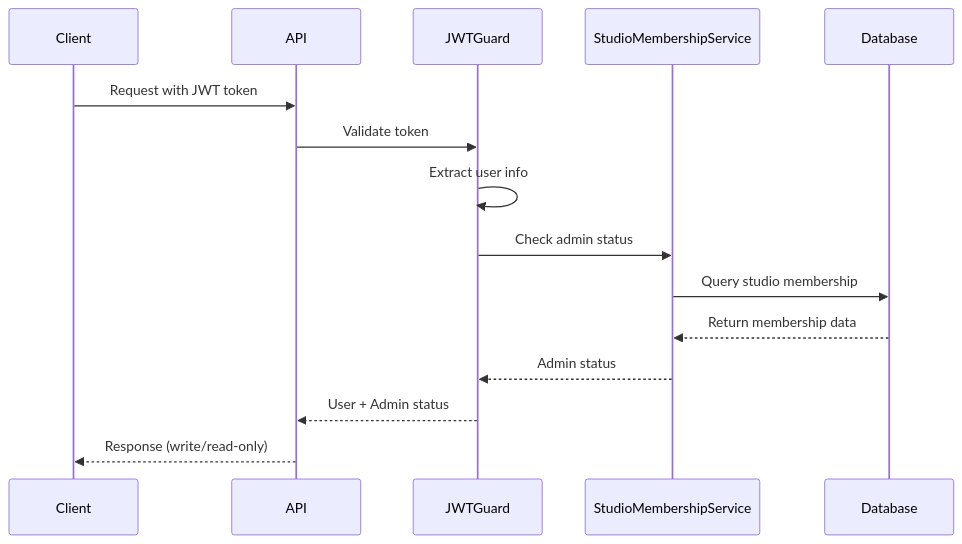
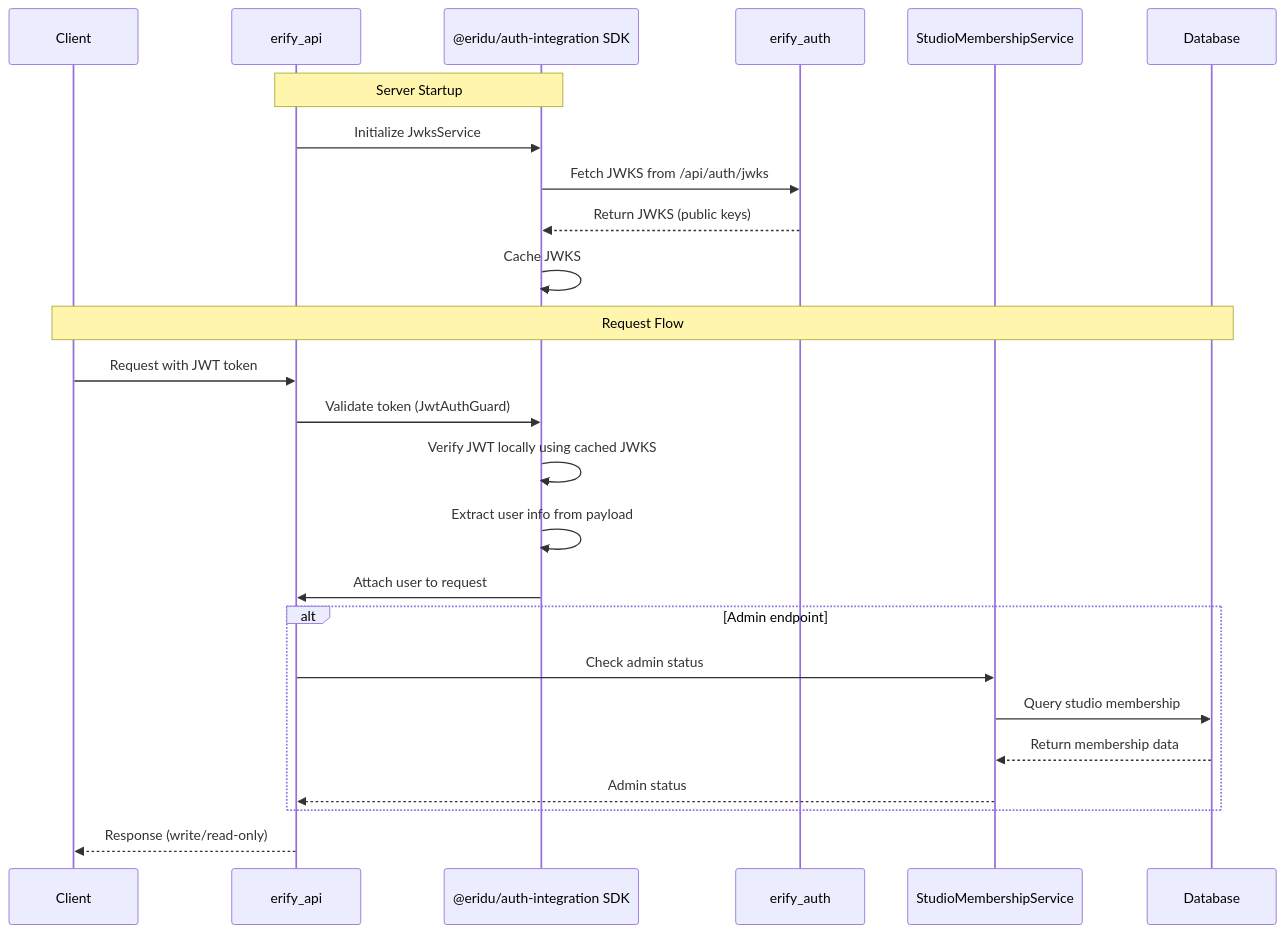
One commit to allenlin90/eridu-services changed the diagram in apps/erify_api/docs/AUTHENTICATION_GUIDE.md. Above: the diagram before and after it, drawn with Mermaid. The commit also changed other lines of this file and 217 other files, not shown here.

````diff
--- a/apps/erify_api/docs/AUTHENTICATION_GUIDE.md
+++ b/apps/erify_api/docs/AUTHENTICATION_GUIDE.md
@@ -16,18 +19,29 @@
 ```mermaid
 sequenceDiagram
     participant Client
-    participant API
-    participant JWTGuard
+    participant API as erify_api
+    participant SDK as @eridu/auth-integration SDK
+    participant Auth as erify_auth
     participant StudioMembershipService
     participant Database
     
+    Note over API,SDK: Server Startup
+    API->>SDK: Initialize JwksService
+    SDK->>Auth: Fetch JWKS from /api/auth/jwks
+    Auth-->>SDK: Return JWKS (public keys)
+    SDK->>SDK: Cache JWKS
+    
+    Note over Client,Database: Request Flow
     Client->>API: Request with JWT token
-    API->>JWTGuard: Validate token
-    JWTGuard->>JWTGuard: Extract user info
-    JWTGuard->>StudioMembershipService: Check admin status
-    StudioMembershipService->>Database: Query studio membership
-    Database-->>StudioMembershipService: Return membership data
-    StudioMembershipService-->>JWTGuard: Admin status
-    JWTGuard-->>API: User + Admin status
+    API->>SDK: Validate token (JwtAuthGuard)
+    SDK->>SDK: Verify JWT locally using cached JWKS
+    SDK->>SDK: Extract user info from payload
+    SDK->>API: Attach user to request
+    alt Admin endpoint
+        API->>StudioMembershipService: Check admin status
+        StudioMembershipService->>Database: Query studio membership
+        Database-->>StudioMembershipService: Return membership data
+        StudioMembershipService-->>API: Admin status
+    end
     API-->>Client: Response (write/read-only)
 ```
````
